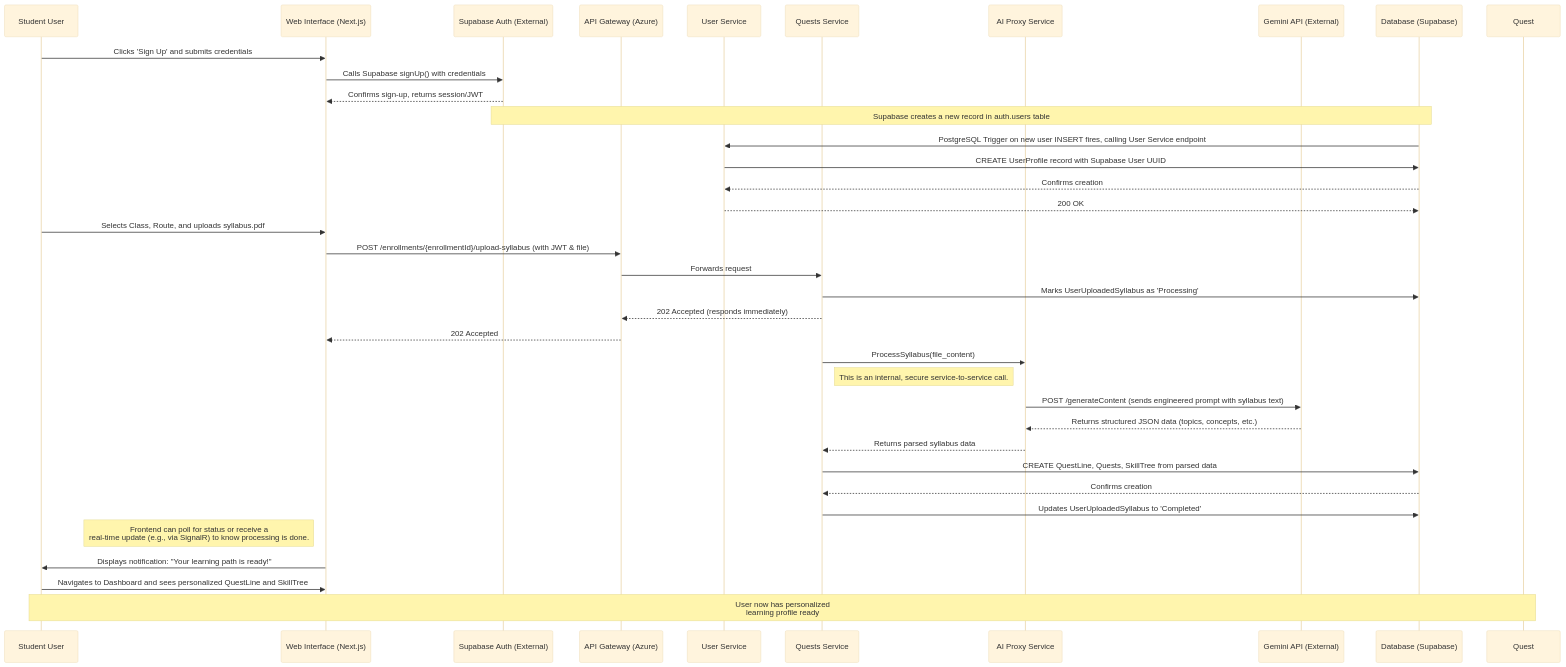
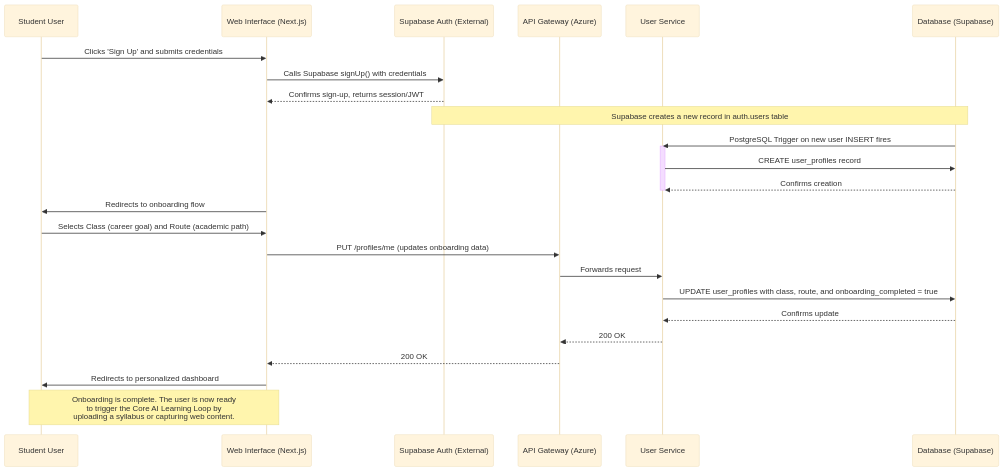
The diagram in mermaid-diagrams/sequence/01-student-onboarding.md (FA25SE050-RogueLearn/RogueLearn.BMAD.Documentation), drawn with Mermaid (base theme) before and after one commit. The commit also changed 5 other files, not shown here.

Commit message:
update sequence diagrams

````diff
--- a/mermaid-diagrams/sequence/01-student-onboarding.md
+++ b/mermaid-diagrams/sequence/01-student-onboarding.md
@@ -3,54 +3,36 @@
 ```mermaid
 sequenceDiagram
     participant U as Student User
     participant UI as Web Interface (Next.js)
     participant SupabaseAuth as Supabase Auth (External)
     participant APIGateway as API Gateway (Azure)
     participant UserService as User Service
-    participant QuestsService as Quests Service
-    participant AIProxyService as AI Proxy Service
-    participant Gemini as Gemini API (External)
     participant Database as Database (Supabase)
 
     %% Step 1: User Registration via Supabase SDK %%
     U->>UI: Clicks 'Sign Up' and submits credentials
     UI->>SupabaseAuth: Calls Supabase signUp() with credentials
     SupabaseAuth-->>UI: Confirms sign-up, returns session/JWT
-    
+
     %% Step 2: Backend Profile Creation via DB Trigger %%
     Note over SupabaseAuth, Database: Supabase creates a new record in auth.users table
-    Database->>UserService: PostgreSQL Trigger on new user INSERT fires, calling User Service endpoint
-    UserService->>Database: CREATE UserProfile record with Supabase User UUID
+    Database->>UserService: PostgreSQL Trigger on new user INSERT fires
+    activate UserService
+    UserService->>Database: CREATE user_profiles record
     Database-->>UserService: Confirms creation
-    UserService-->>Database: 200 OK
+    deactivate UserService
     
-    %% Step 3: User completes onboarding and uploads syllabus %%
-    U->>UI: Selects Class, Route, and uploads syllabus.pdf
-    UI->>APIGateway: POST /enrollments/{enrollmentId}/upload-syllabus (with JWT & file)
-    APIGateway->>QuestsService: Forwards request
-    
-    %% Step 4: QuestsService orchestrates asynchronous AI processing %%
-    QuestsService->>Database: Marks UserUploadedSyllabus as 'Processing'
-    QuestsService-->>APIGateway: 202 Accepted (responds immediately)
-    APIGateway-->>UI: 202 Accepted
-    
-    QuestsService->>AIProxyService: ProcessSyllabus(file_content)
-    Note right of QuestsService: This is an internal, secure service-to-service call.
+    %% Step 3: User is redirected to complete the onboarding wizard %%
+    UI->>U: Redirects to onboarding flow
+    U->>UI: Selects Class (career goal) and Route (academic path)
+    UI->>APIGateway: PUT /profiles/me (updates onboarding data)
+    APIGateway->>UserService: Forwards request
+    UserService->>Database: UPDATE user_profiles with class, route, and onboarding_completed = true
+    Database-->>UserService: Confirms update
+    UserService-->>APIGateway: 200 OK
+    APIGateway-->>UI: 200 OK
 
-    %% Step 5: AI Proxy handles the LLM interaction %%
-    AIProxyService->>Gemini: POST /generateContent (sends engineered prompt with syllabus text)
-    Gemini-->>AIProxyService: Returns structured JSON data (topics, concepts, etc.)
-    AIProxyService-->>QuestsService: Returns parsed syllabus data
-    
-    %% Step 6: QuestsService creates the gamified content in the database %%
-    QuestsService->>Database: CREATE QuestLine, Quests, SkillTree from parsed data
-    Database-->>QuestsService: Confirms creation
-    QuestsService->>Database: Updates UserUploadedSyllabus to 'Completed'
-    
-    %% Step 7: Frontend is notified of completion and user sees the result %%
-    Note left of UI: Frontend can poll for status or receive a<br/>real-time update (e.g., via SignalR) to know processing is done.
-    UI->>U: Displays notification: "Your learning path is ready!"
-    U->>UI: Navigates to Dashboard and sees personalized QuestLine and SkillTree
-
-    Note over U,Quest: User now has personalized<br/>learning profile ready
+    %% Step 4: User lands on the dashboard %%
+    UI->>U: Redirects to personalized dashboard
+    Note over U, UI: Onboarding is complete. The user is now ready<br/>to trigger the Core AI Learning Loop by<br/>uploading a syllabus or capturing web content.
 ```
````
